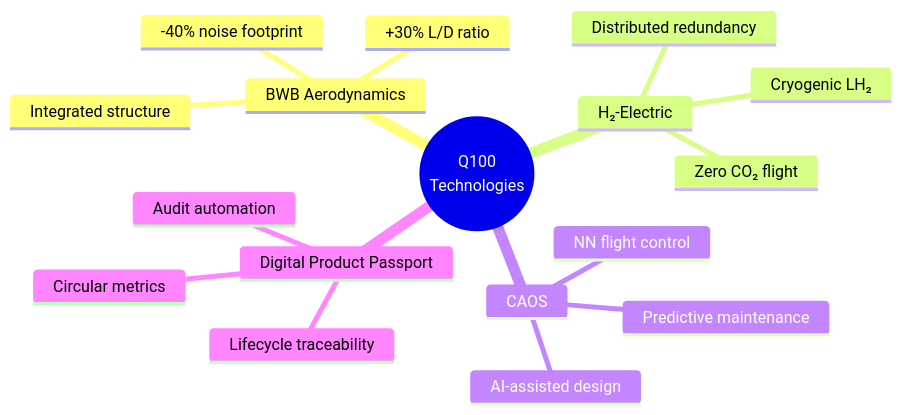
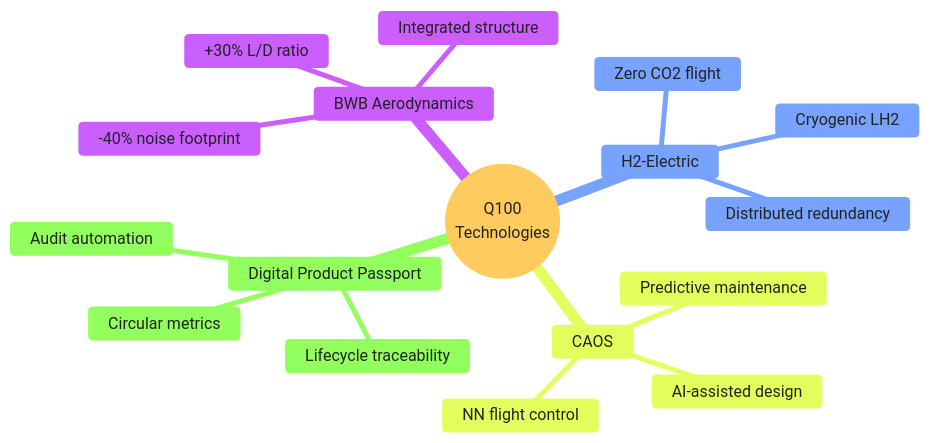
The second of 6 diagrams in README.md (AmedeoPelliccia/AMPEL360-BWB-H2-Hy-E), drawn with Mermaid before and after one commit. The commit also changed other lines of this file, not shown here.

````diff
--- a/README.md
+++ b/README.md
@@ -83,20 +89,27 @@
 ```mermaid
+%%{init: {
+  "theme": "base",
+  "themeVariables": {
+    "primaryTextColor": "#222222",
+    "fontFamily": "Inter,Segoe UI,Roboto,sans-serif"
+  }
+}}%%
 mindmap
   root((Q100<br/>Technologies))
     BWB Aerodynamics
       +30% L/D ratio
       Integrated structure
       -40% noise footprint
-    H₂-Electric
-      Zero CO₂ flight
-      Cryogenic LH₂
+    H2-Electric
+      Zero CO2 flight
+      Cryogenic LH2
       Distributed redundancy
     CAOS
       AI-assisted design
       Predictive maintenance
       NN flight control
     Digital Product Passport
       Lifecycle traceability
       Circular metrics
       Audit automation
 ```
````
